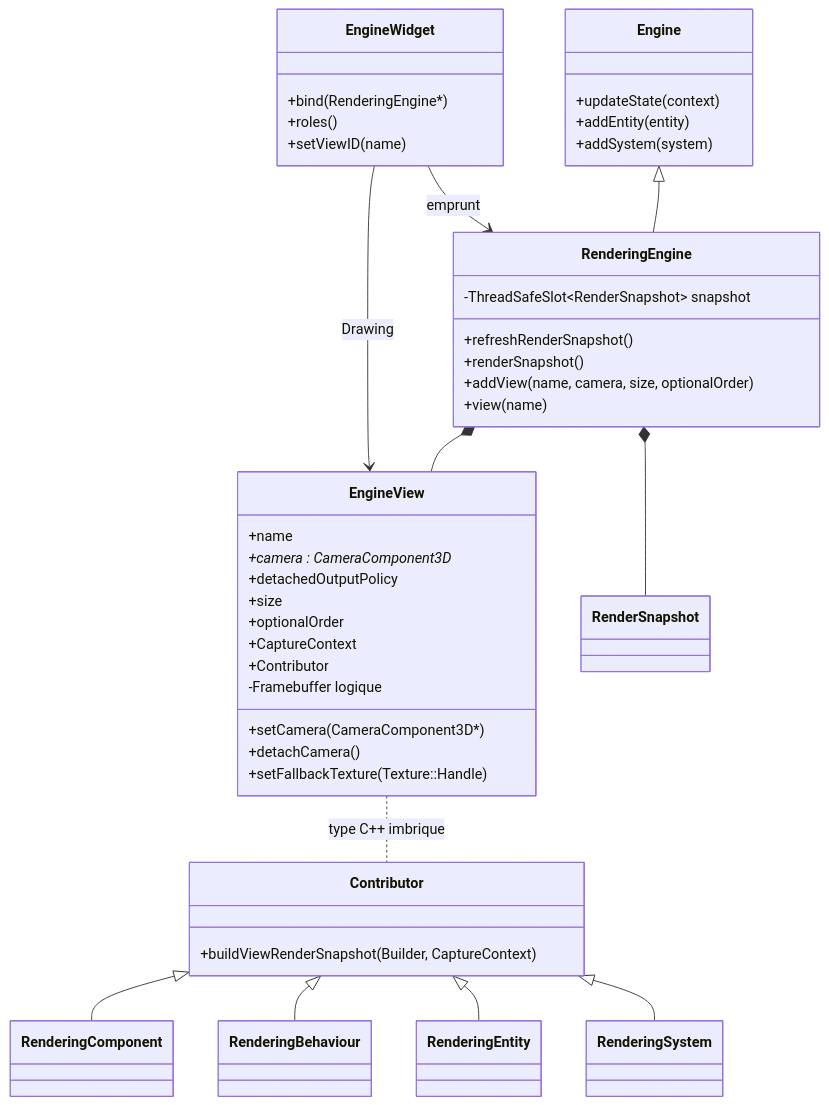
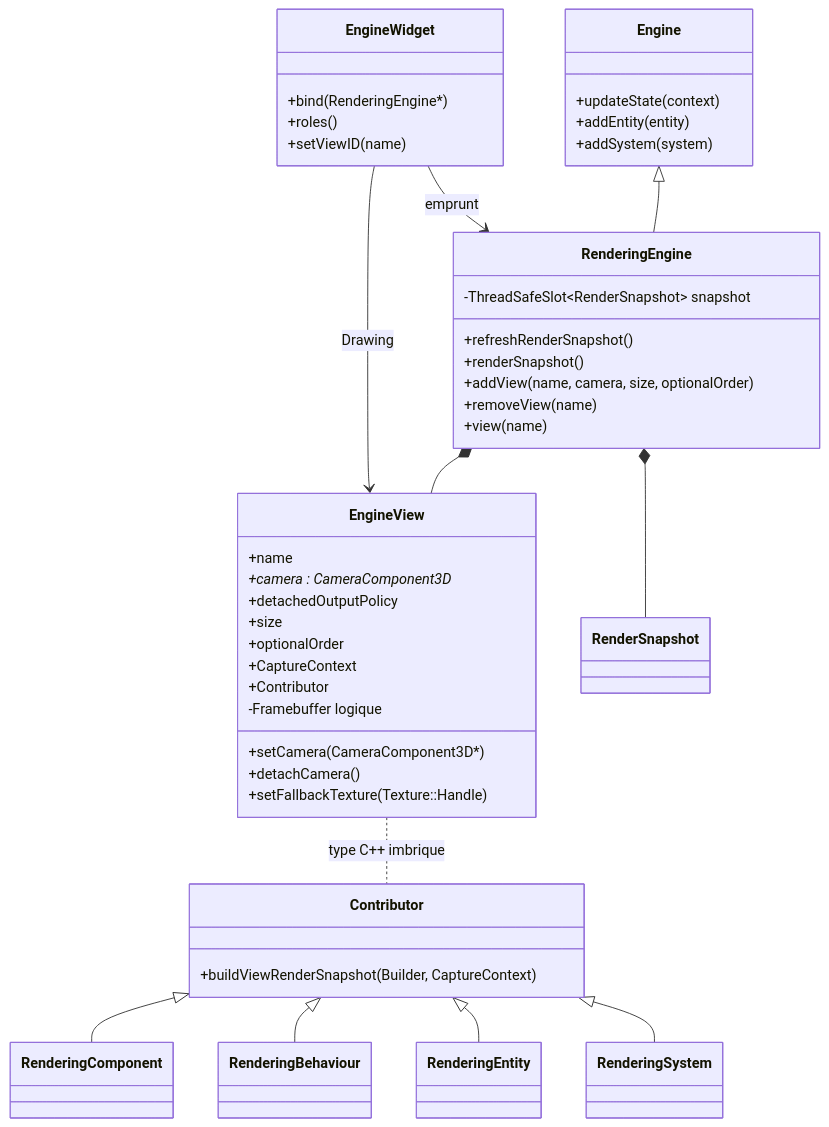
Before and after one commit to EreliaStudio/Sparkle: the sixth of 10 diagrams in docs/voxel-engine-v0.1.4-specification.md, drawn with Mermaid. The commit also changed other lines of this file, not shown here.

Commit message:
docs(v0.1.4): approve immediate EngineView removal with borrowed-reference responsibility

````diff
--- a/docs/voxel-engine-v0.1.4-specification.md
+++ b/docs/voxel-engine-v0.1.4-specification.md
@@ -588,50 +588,51 @@
 ```mermaid
 classDiagram
   class Engine {
     +updateState(context)
     +addEntity(entity)
     +addSystem(system)
   }
   class RenderingEngine {
     +refreshRenderSnapshot()
     +renderSnapshot()
     +addView(name, camera, size, optionalOrder)
+    +removeView(name)
     +view(name)
     -ThreadSafeSlot~RenderSnapshot~ snapshot
   }
   class EngineView {
     +name
     +camera : CameraComponent3D*
     +setCamera(CameraComponent3D*)
     +detachCamera()
     +detachedOutputPolicy
     +setFallbackTexture(Texture::Handle)
     +size
     +optionalOrder
     +CaptureContext
     +Contributor
     -Framebuffer logique
   }
   class Contributor {
     +buildViewRenderSnapshot(Builder, CaptureContext)
   }
   class RenderingComponent
   class RenderingBehaviour
   class RenderingEntity
   class RenderingSystem
   class EngineWidget {
     +bind(RenderingEngine*)
     +roles()
     +setViewID(name)
   }
   Engine <|-- RenderingEngine
   RenderingEngine *-- EngineView
   RenderingEngine *-- RenderSnapshot
   EngineView .. Contributor : type C++ imbrique
   Contributor <|-- RenderingComponent
   Contributor <|-- RenderingBehaviour
   Contributor <|-- RenderingEntity
   Contributor <|-- RenderingSystem
   EngineWidget --> RenderingEngine : emprunt
   EngineWidget --> EngineView : Drawing
 ```
````
